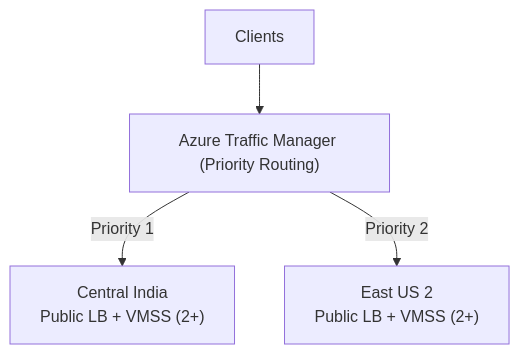
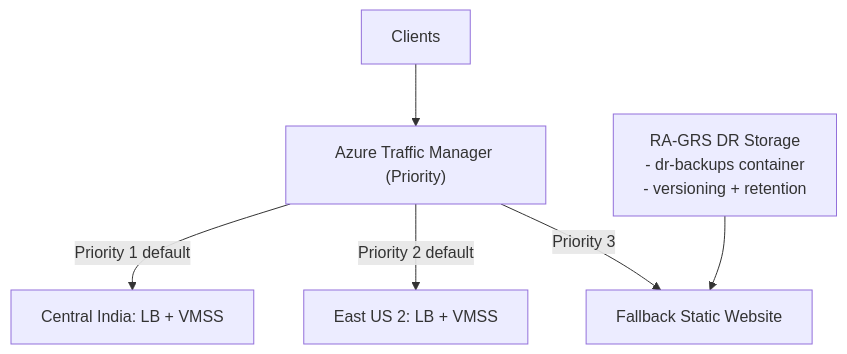
The diagram in terraform-azure-multi-region-ha/README.md (anjan-tummalapalli/terraform-azure-multi-region-ha), drawn with Mermaid before and after one commit. The commit also changed other lines of this file and 6 other files, not shown here.

Commit message:
Add DR storage and fallback endpoint with runbook docs

````diff
--- a/terraform-azure-multi-region-ha/README.md
+++ b/terraform-azure-multi-region-ha/README.md
@@ -20,6 +36,9 @@
 ```mermaid
 flowchart TD
-    C["Clients"] --> TM["Azure Traffic Manager (Priority Routing)"]
-    TM -->|Priority 1| IN["Central India<br/>Public LB + VMSS (2+)"]
-    TM -->|Priority 2| US["East US 2<br/>Public LB + VMSS (2+)"]
+    C["Clients"] --> TM["Azure Traffic Manager (Priority)"]
+    TM -->|Priority 1 default| IN["Central India: LB + VMSS"]
+    TM -->|Priority 2 default| US["East US 2: LB + VMSS"]
+    TM -->|Priority 3| FB["Fallback Static Website"]
+
+    DR["RA-GRS DR Storage\n- dr-backups container\n- versioning + retention"] --> FB
 ```
````
